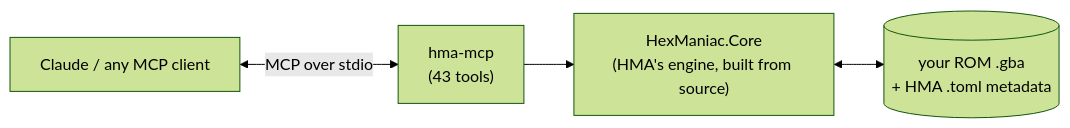
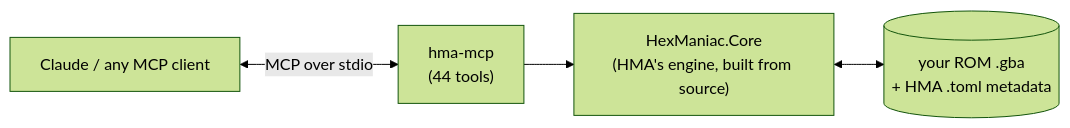
The diagram in README.md (dewayneku/hma-mcp), drawn with Mermaid (forest theme) before and after one commit. The commit also changed other lines of this file and 10 other files, not shown here.

````diff
--- a/README.md
+++ b/README.md
@@ -148,6 +150,6 @@
 ```mermaid
 flowchart LR
-    A["Claude / any MCP client"] <-- "MCP over stdio" --> B["hma-mcp<br/>(43 tools)"]
+    A["Claude / any MCP client"] <-- "MCP over stdio" --> B["hma-mcp<br/>(44 tools)"]
     B --> C["HexManiac.Core<br/>(HMA's engine, built from source)"]
     C <--> D[("your ROM .gba<br/>+ HMA .toml metadata")]
 ```
````
